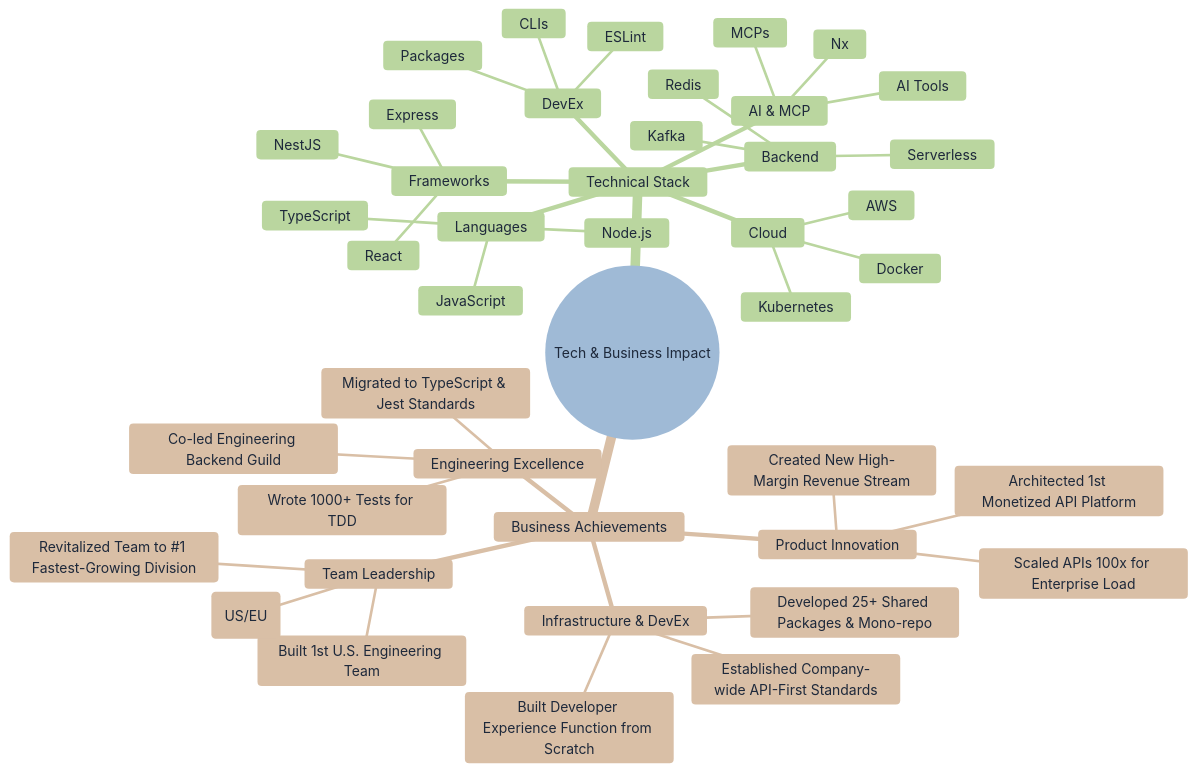
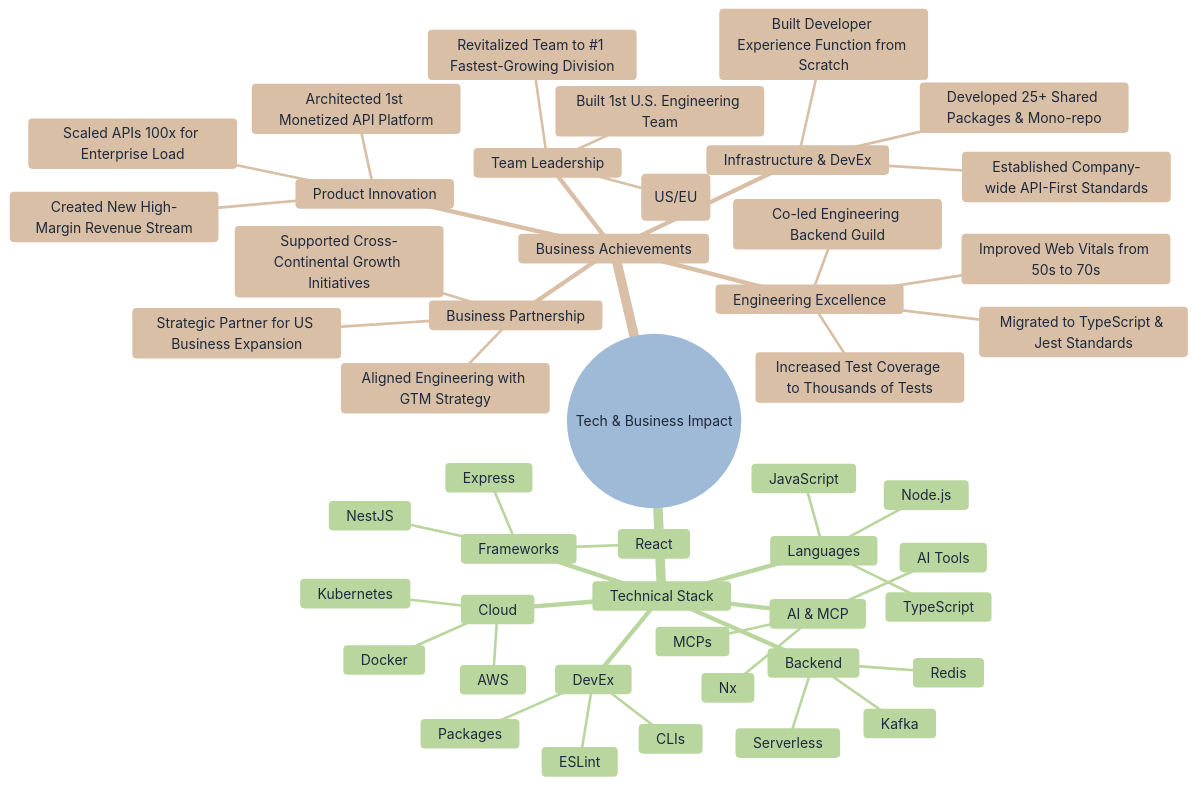
One commit to ofri-peretz/ofri-peretz changed the diagram in README.md. Above: the diagram before and after it, drawn with Mermaid.

Commit message:
Add performance improvements and business partnership achievements
- Include Web Vitals improvement from 50s to 70s
- Emphasize increased test coverage to thousands
- Add business partnership achievements for US expansion support
- Highlight strategic alignment with GTM and cross-continental growth
- Show comprehensive impact across technical excellence and business strategy

````diff
--- a/README.md
+++ b/README.md
@@ -42,55 +42,60 @@
 ```mermaid
 %%{init: {
   'theme': 'base',
   'themeVariables': {
     'primaryColor': '#f8fafc',
     'primaryTextColor': '#1e293b',
     'primaryBorderColor': '#334155',
     'lineColor': '#475569'
   }
 }}%%
 mindmap
   root((Tech & Business Impact))
     Technical Stack
       Languages
         TypeScript
         JavaScript
         Node.js
       Frameworks
         React
         Express
         NestJS
       Backend
         Kafka
         Redis
         Serverless
       DevEx
         ESLint
         Packages
         CLIs
       Cloud
         AWS
         Docker
         Kubernetes
       AI & MCP
         AI Tools
         MCPs
         Nx
     Business Achievements
       Team Leadership
         Built 1st U.S. Engineering Team
         Leading Largest Distributed Team (US/EU)
         Revitalized Team to #1 Fastest-Growing Division
       Product Innovation
         Architected 1st Monetized API Platform
         Created New High-Margin Revenue Stream
         Scaled APIs 100x for Enterprise Load
       Infrastructure & DevEx
         Built Developer Experience Function from Scratch
         Developed 25+ Shared Packages & Mono-repo
         Established Company-wide API-First Standards
       Engineering Excellence
         Migrated to TypeScript & Jest Standards
-        Wrote 1000+ Tests for TDD
+        Increased Test Coverage to Thousands of Tests
+        Improved Web Vitals from 50s to 70s
         Co-led Engineering Backend Guild
+      Business Partnership
+        Strategic Partner for US Business Expansion
+        Aligned Engineering with GTM Strategy
+        Supported Cross-Continental Growth Initiatives
 ```
````
